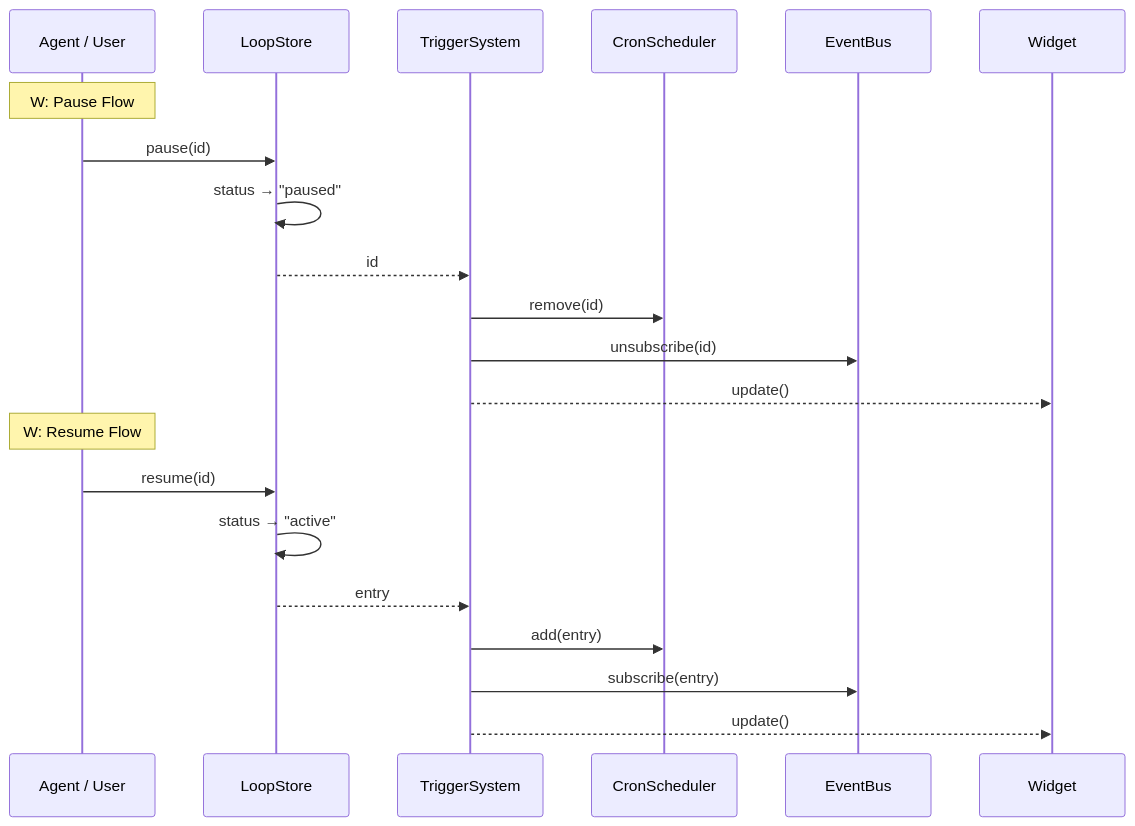
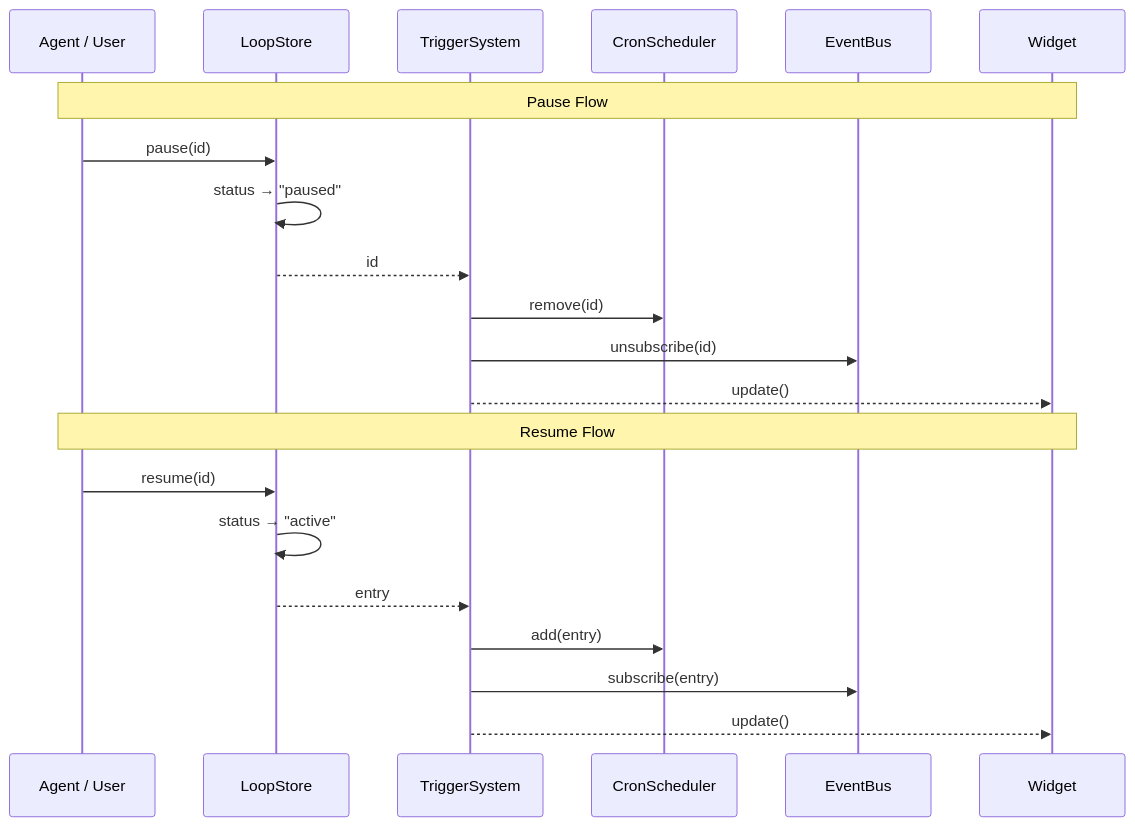
Before and after one commit to bramburn/pi-loop: the second of 3 diagrams in userflow/loop-delete-pause.md, drawn with Mermaid. The commit also changed other lines of this file and 2 other files, not shown here.

First line of the commit message:
docs(userflow): rewrite loop-delete-pause + close G-05 and U-04 gaps

````diff
--- a/userflow/loop-delete-pause.md
+++ b/userflow/loop-delete-pause.md
@@ -30,25 +30,25 @@
 ```mermaid
 sequenceDiagram
     participant A as Agent / User
     participant S as LoopStore
     participant T as TriggerSystem
     participant C as CronScheduler
     participant E as EventBus
     participant W as Widget
 
-    Note over A:W: Pause Flow
+    Note over A,W: Pause Flow
     A->>S: pause(id)
     S->>S: status → "paused"
     S-->>T: id
     T->>C: remove(id)
     T->>E: unsubscribe(id)
     T-->>W: update()
 
-    Note over A:W: Resume Flow
+    Note over A,W: Resume Flow
     A->>S: resume(id)
     S->>S: status → "active"
     S-->>T: entry
     T->>C: add(entry)
     T->>E: subscribe(entry)
     T-->>W: update()
 ```
````
